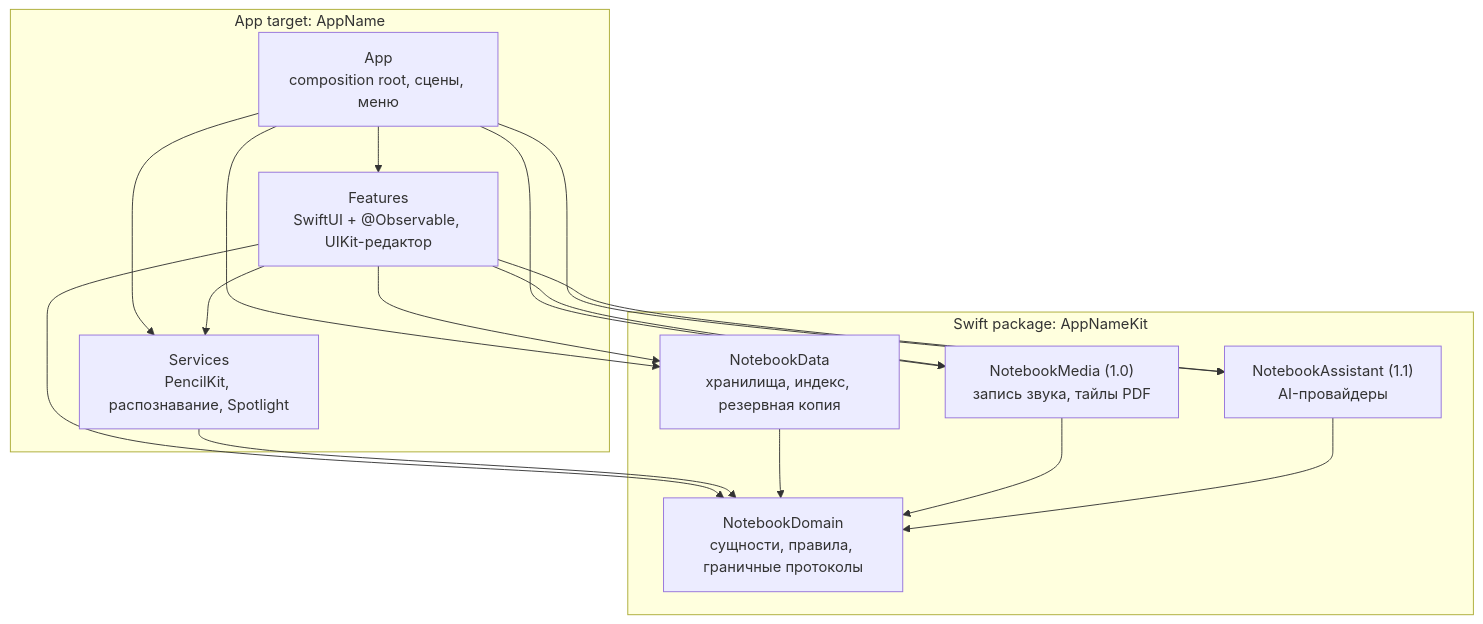
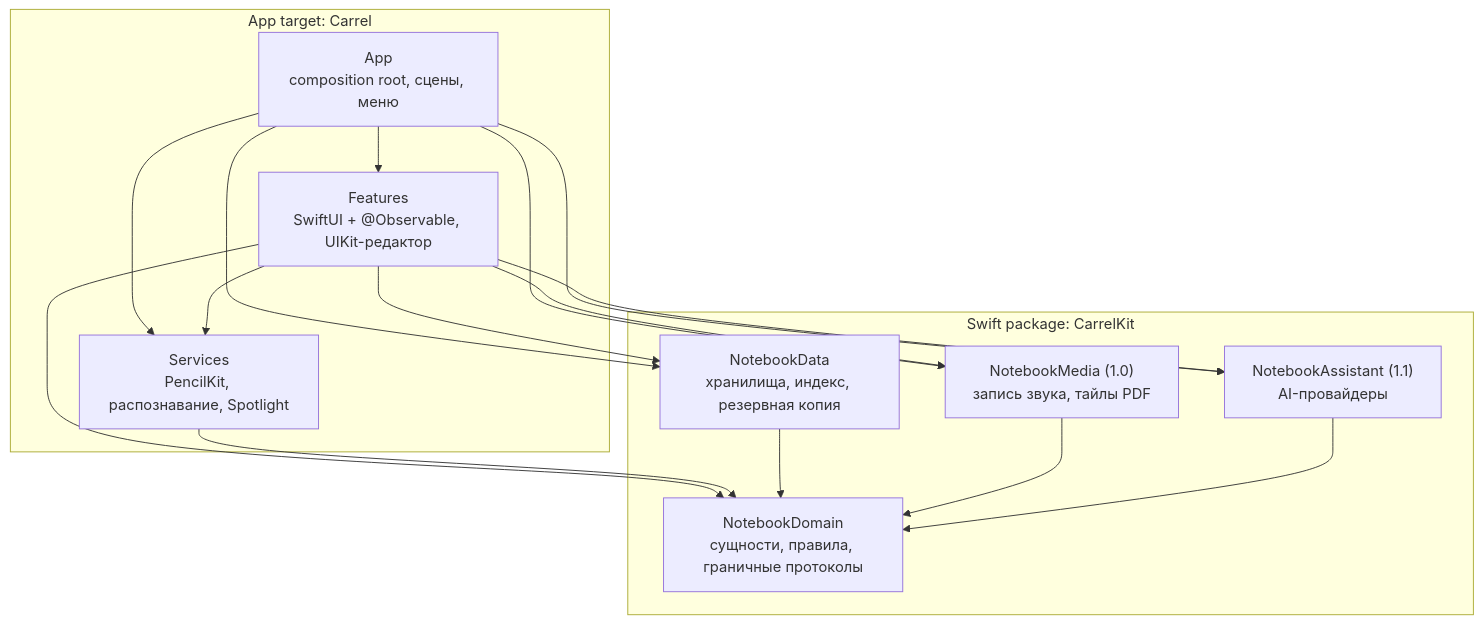
The first of 2 diagrams in docs/proposal/03-architecture.md (devleloper/Carrel), drawn with Mermaid before and after one commit. The commit also changed other lines of this file and 4 other files, not shown here.

````diff
--- a/docs/proposal/03-architecture.md
+++ b/docs/proposal/03-architecture.md
@@ -46,28 +46,28 @@
 ```mermaid
 flowchart TB
-    subgraph AppTarget["App target: AppName"]
+    subgraph AppTarget["App target: Carrel"]
         App["App<br/>composition root, сцены, меню"]
         Features["Features<br/>SwiftUI + @Observable, UIKit-редактор"]
         Services["Services<br/>PencilKit, распознавание, Spotlight"]
     end
-    subgraph Kit["Swift package: AppNameKit"]
+    subgraph Kit["Swift package: CarrelKit"]
         Data["NotebookData<br/>хранилища, индекс, резервная копия"]
         Media["NotebookMedia (1.0)<br/>запись звука, тайлы PDF"]
         Assistant["NotebookAssistant (1.1)<br/>AI-провайдеры"]
         Domain["NotebookDomain<br/>сущности, правила, граничные протоколы"]
     end
     App --> Features
     App --> Services
     App --> Data
     App --> Media
     App --> Assistant
     Features --> Services
     Features --> Data
     Features --> Media
     Features --> Assistant
     Features --> Domain
     Services --> Domain
     Data --> Domain
     Media --> Domain
     Assistant --> Domain
 ```
````
